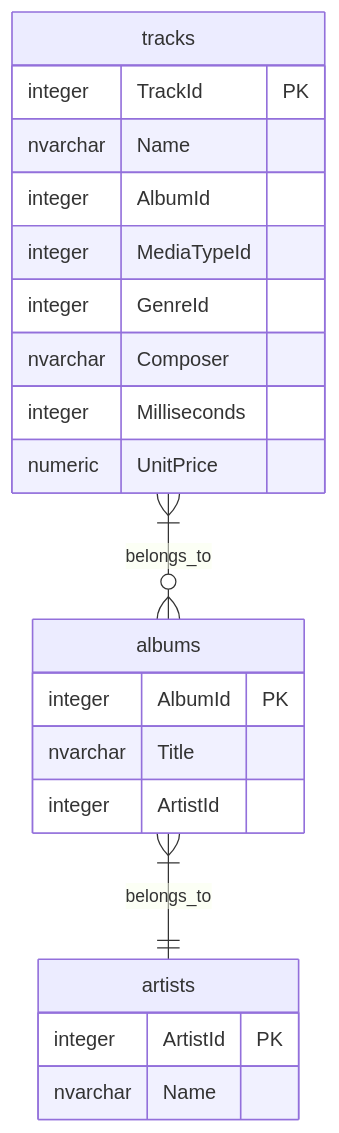
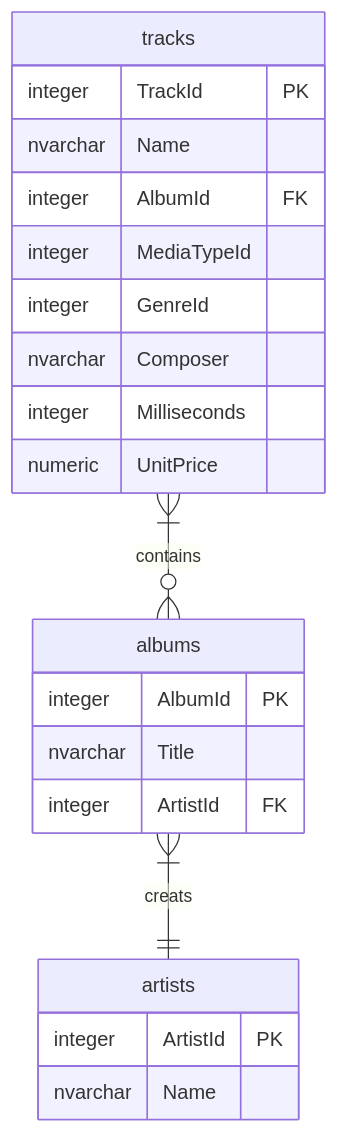
One commit to zi-ang-liu/jb-database changed the third of 3 diagrams in database/contents/adv_sql/practice.md. Above: the diagram before and after it, drawn with Mermaid.

````diff
--- a/database/contents/adv_sql/practice.md
+++ b/database/contents/adv_sql/practice.md
@@ -63,24 +63,24 @@
 ```{mermaid}
 erDiagram
-   tracks }|--o{ albums : belongs_to
+   tracks }|--o{ albums : contains
    tracks {
       integer TrackId PK
       nvarchar Name
-      integer AlbumId
+      integer AlbumId FK
       integer MediaTypeId
       integer GenreId
       nvarchar Composer
       integer Milliseconds
       numeric UnitPrice
    }
-   albums }|--|| artists : belongs_to
+   albums }|--|| artists : creats
    albums {
       integer AlbumId PK
       nvarchar Title
-      integer ArtistId
+      integer ArtistId FK
    }
    artists {
       integer ArtistId PK
       nvarchar Name
    }
 ```
````
